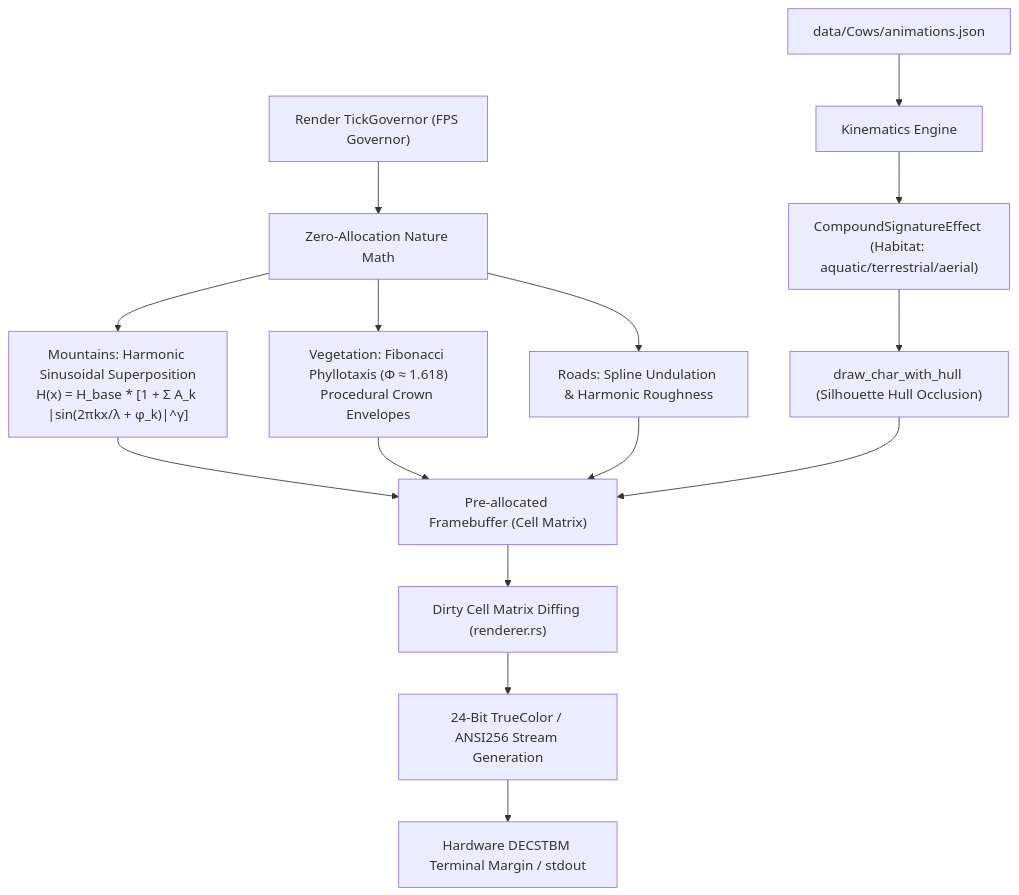
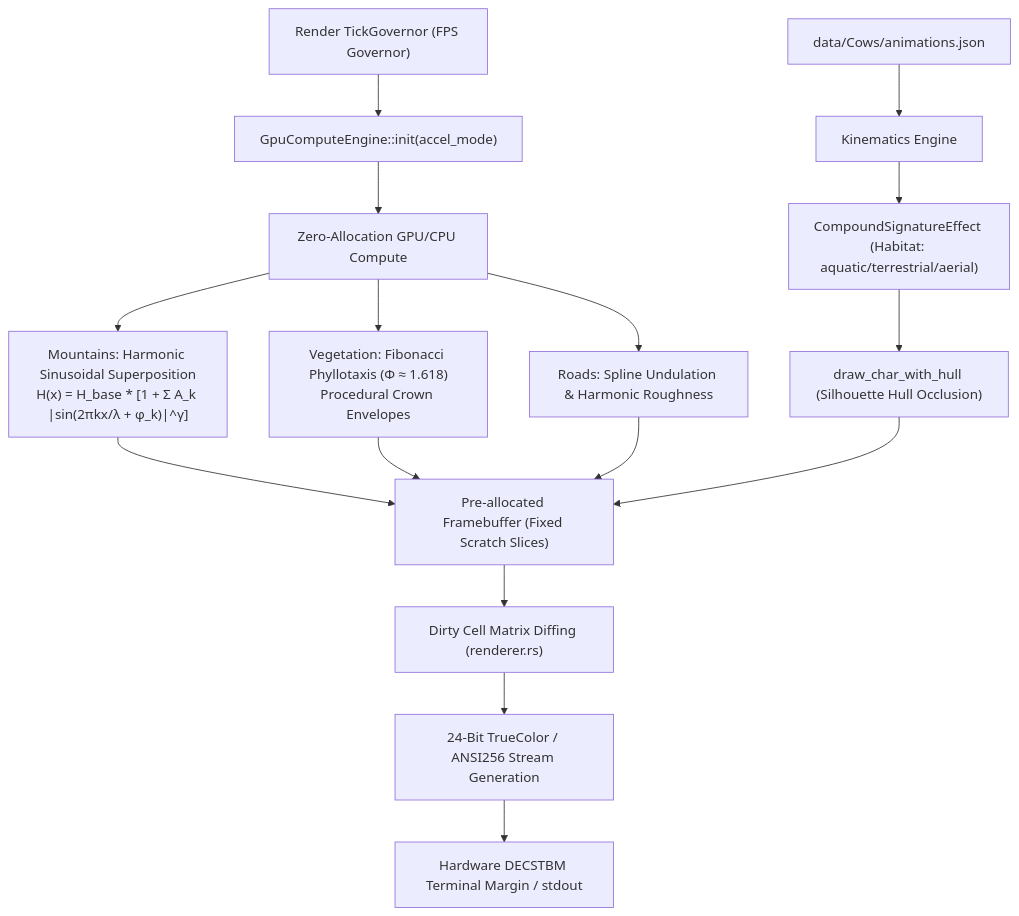
Before and after one commit to HKDevLoops/Forgum: the fifth of 7 diagrams in ARCHITECTURE_MAP.md, drawn with Mermaid. The commit also changed other lines of this file and 49 other files, not shown here.

````diff
--- a/ARCHITECTURE_MAP.md
+++ b/ARCHITECTURE_MAP.md
@@ -82,18 +209,19 @@
 ```mermaid
 flowchart TD
-    TICK["Render TickGovernor (FPS Governor)"] --> MATH["Zero-Allocation Nature Math"]
-    MATH --> MT["Mountains: Harmonic Sinusoidal Superposition<br/>H(x) = H_base * [1 + Σ A_k |sin(2πkx/λ + φ_k)|^γ]"]
-    MATH --> VEG["Vegetation: Fibonacci Phyllotaxis (Φ ≈ 1.618)<br/>Procedural Crown Envelopes"]
-    MATH --> ROAD["Roads: Spline Undulation & Harmonic Roughness"]
+    TICK["Render TickGovernor (FPS Governor)"] --> ACCEL_CHOICE["GpuComputeEngine::init(accel_mode)"]
+    ACCEL_CHOICE --> COMPUTE["Zero-Allocation GPU/CPU Compute"]
+    COMPUTE --> MT["Mountains: Harmonic Sinusoidal Superposition<br/>H(x) = H_base * [1 + Σ A_k |sin(2πkx/λ + φ_k)|^γ]"]
+    COMPUTE --> VEG["Vegetation: Fibonacci Phyllotaxis (Φ ≈ 1.618)<br/>Procedural Crown Envelopes"]
+    COMPUTE --> ROAD["Roads: Spline Undulation & Harmonic Roughness"]
     
-    MT & VEG & ROAD --> SCENE_BUF["Pre-allocated Framebuffer (Cell Matrix)"]
+    MT & VEG & ROAD --> SCENE_BUF["Pre-allocated Framebuffer (Fixed Scratch Slices)"]
     
     DNA["data/Cows/animations.json"] --> KINEMATICS["Kinematics Engine"]
     KINEMATICS --> FX_RESOLVE["CompoundSignatureEffect (Habitat: aquatic/terrestrial/aerial)"]
     FX_RESOLVE --> OCCLUSION["draw_char_with_hull (Silhouette Hull Occlusion)"]
     
     OCCLUSION --> SCENE_BUF
     SCENE_BUF --> DIFF["Dirty Cell Matrix Diffing (renderer.rs)"]
     DIFF --> ANSI["24-Bit TrueColor / ANSI256 Stream Generation"]
     ANSI --> DECSTBM["Hardware DECSTBM Terminal Margin / stdout"]
 ```
````
